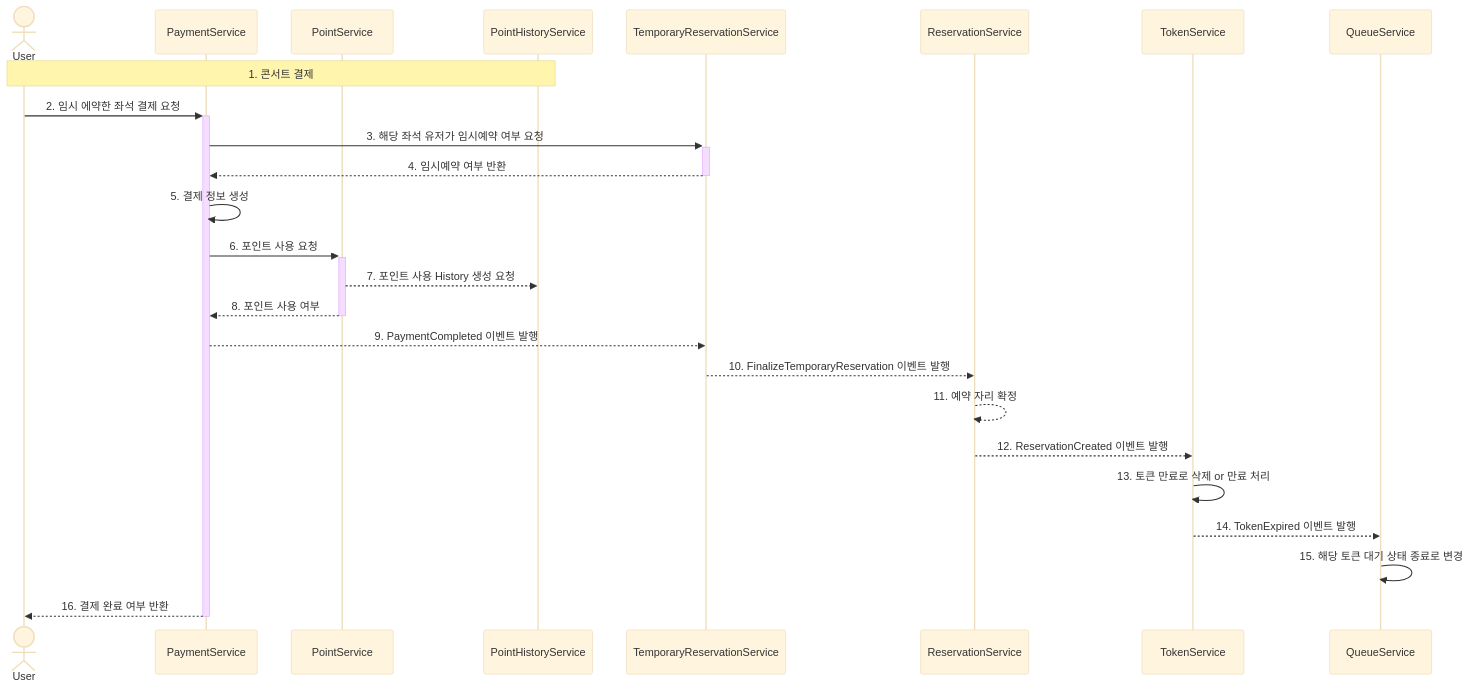
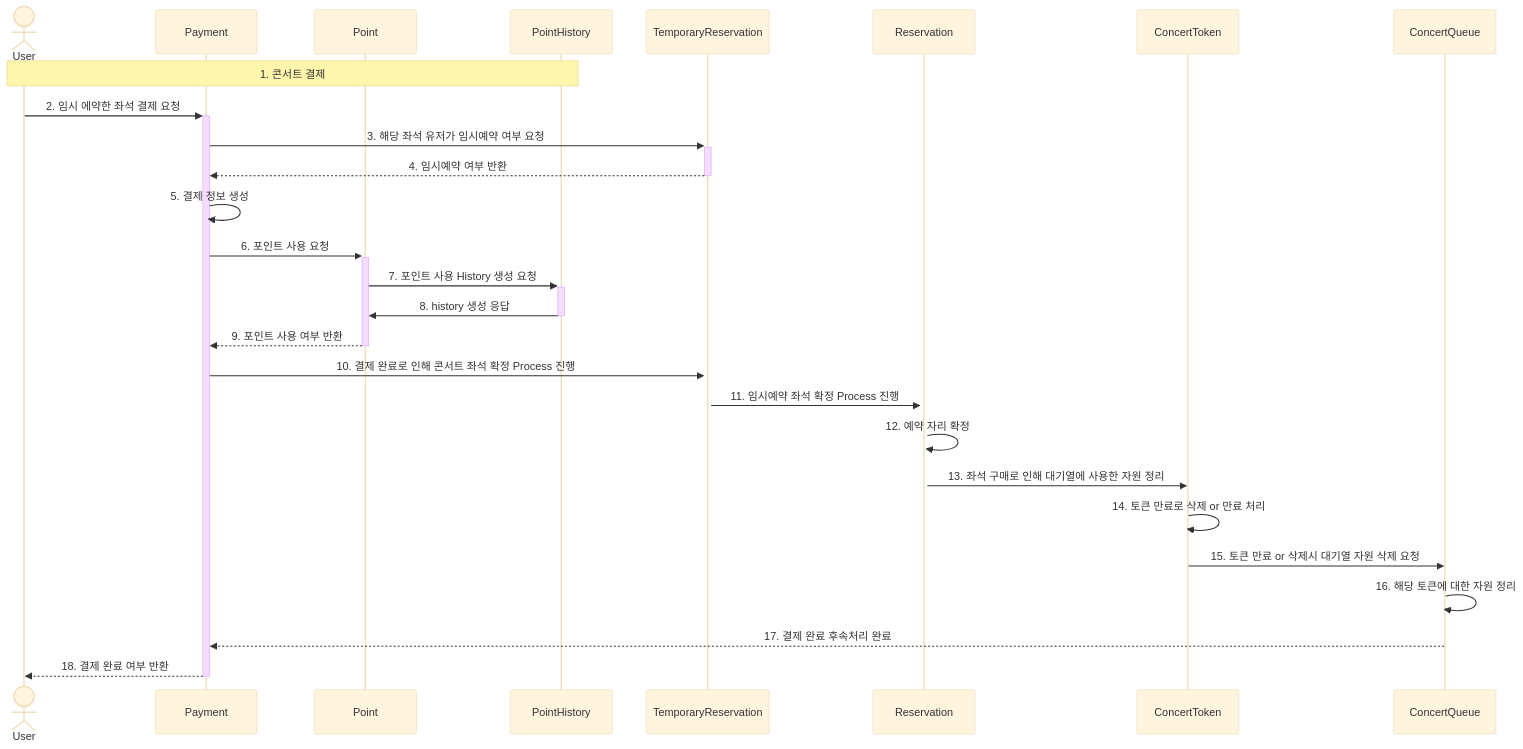
Before and after one commit to KrongDev/hhplus-concert: the sixth of 6 diagrams in README.md, drawn with Mermaid (base theme). The commit also changed other lines of this file, not shown here.

````diff
--- a/README.md
+++ b/README.md
@@ -103,28 +156,31 @@
 ```mermaid
 sequenceDiagram
-    actor User
-    participant PaymentService
-    participant PointService
-    participant PointHistoryService
-    participant TemporaryReservationService
-    participant ReservationService
-    participant TokenService
-    participant QueueService
-    
-    Note over User,PointHistoryService: 1. 콘서트 결제
-    User->>+PaymentService: 2. 임시 에약한 좌석 결제 요청
-    PaymentService->>+TemporaryReservationService: 3. 해당 좌석 유저가 임시예약 여부 요청
-    TemporaryReservationService-->>-PaymentService: 4. 임시예약 여부 반환
-    PaymentService->>PaymentService: 5. 결제 정보 생성
-    PaymentService->>+PointService: 6. 포인트 사용 요청
-    PointService-->>PointHistoryService: 7. 포인트 사용 History 생성 요청
-    PointService-->>-PaymentService: 8. 포인트 사용 여부
-    PaymentService-->>TemporaryReservationService: 9. PaymentCompleted 이벤트 발행
-    TemporaryReservationService-->>ReservationService: 10. FinalizeTemporaryReservation 이벤트 발행
-    ReservationService-->>ReservationService: 11. 예약 자리 확정
-    ReservationService-->>TokenService: 12. ReservationCreated 이벤트 발행
-    TokenService->>TokenService: 13. 토큰 만료로 삭제 or 만료 처리
-    TokenService-->>QueueService: 14. TokenExpired 이벤트 발행
-    QueueService->>QueueService: 15. 해당 토큰 대기 상태 종료로 변경
-    PaymentService-->>-User: 16. 결제 완료 여부 반환
+
+	actor User
+	participant Payment
+	participant Point
+	participant PointHistory
+	participant TemporaryReservation
+	participant Reservation
+	participant ConcertToken
+	participant ConcertQueue
+	
+	Note over User,PointHistory: 1. 콘서트 결제
+	User->>+Payment: 2. 임시 에약한 좌석 결제 요청
+	Payment->>+TemporaryReservation: 3. 해당 좌석 유저가 임시예약 여부 요청
+	TemporaryReservation-->>-Payment: 4. 임시예약 여부 반환
+	Payment->>Payment: 5. 결제 정보 생성
+	Payment->>+Point: 6. 포인트 사용 요청
+	Point->>+PointHistory: 7. 포인트 사용 History 생성 요청
+	PointHistory->>-Point: 8. history 생성 응답
+	Point-->>-Payment: 9. 포인트 사용 여부 반환
+	Payment->>+TemporaryReservation: 10. 결제 완료로 인해 콘서트 좌석 확정 Process 진행
+	TemporaryReservation->>+Reservation: 11. 임시예약 좌석 확정 Process 진행
+	Reservation->>Reservation: 12. 예약 자리 확정
+	Reservation->>ConcertToken: 13.  좌석 구매로 인해 대기열에 사용한 자원 정리
+	ConcertToken->>ConcertToken: 14. 토큰 만료로 삭제 or 만료 처리
+	ConcertToken->>ConcertQueue: 15. 토큰 만료 or 삭제시  대기열 자원 삭제 요청 
+	ConcertQueue->>ConcertQueue: 16. 해당 토큰에 대한 자원 정리
+	ConcertQueue-->>Payment: 17. 결제 완료 후속처리 완료
+	Payment-->>-User: 18. 결제 완료 여부 반환
 ```
````
